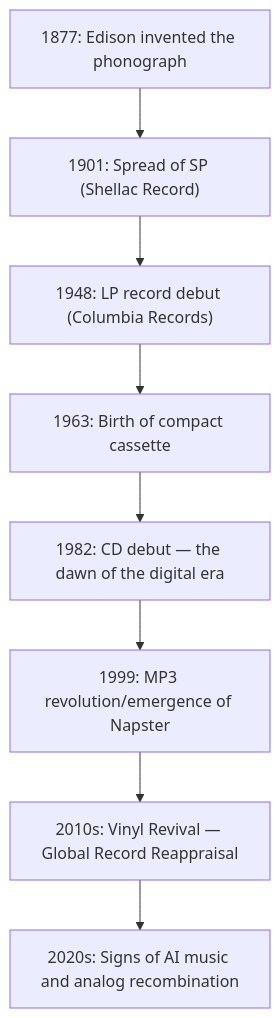
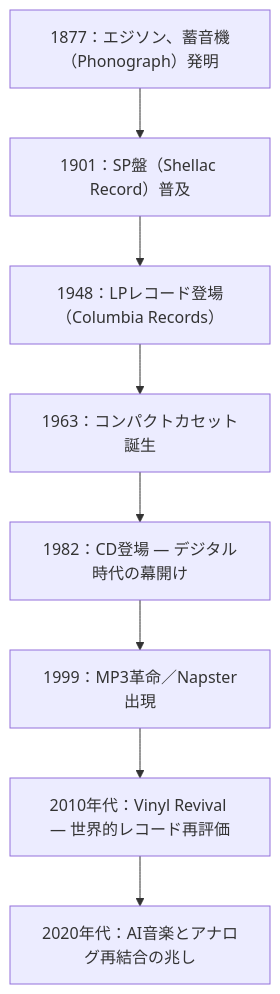
Before and after one commit to monumental-movement/monumental-movement.github.io: the diagram in en/_posts/2025-10-22-column-why-we-buy-vinyl.md, drawn with Mermaid. The commit also changed other lines of this file and 1701 other files, not shown here.

```diff
--- a/en/_posts/2025-10-22-column-why-we-buy-vinyl.md
+++ b/en/_posts/2025-10-22-column-why-we-buy-vinyl.md
@@ -159,12 +157,12 @@
 <div class="mermaid">
 
 flowchart TD
-A1877["1877: Edison invented the phonograph"] --> A1901["1901: Spread of SP (Shellac Record)"]
-A1901 --> A1948["1948: LP record debut (Columbia Records)"]
-A1948 --> A1963["1963: Birth of compact cassette"]
-A1963 --> A1982["1982: CD debut — the dawn of the digital era"]
-A1982 --> A1999["1999: MP3 revolution/emergence of Napster"]
-A1999 --> A2010["2010s: Vinyl Revival — Global Record Reappraisal"]
-A2010 --> A2020["2020s: Signs of AI music and analog recombination"]
+    A1877["1877：エジソン、蓄音機（Phonograph）発明"] --> A1901["1901：SP盤（Shellac Record）普及"]
+    A1901 --> A1948["1948：LPレコード登場（Columbia Records）"]
+    A1948 --> A1963["1963：コンパクトカセット誕生"]
+    A1963 --> A1982["1982：CD登場 — デジタル時代の幕開け"]
+    A1982 --> A1999["1999：MP3革命／Napster出現"]
+    A1999 --> A2010["2010年代：Vinyl Revival — 世界的レコード再評価"]
+    A2010 --> A2020["2020年代：AI音楽とアナログ再結合の兆し"]
 
 </div>
```
